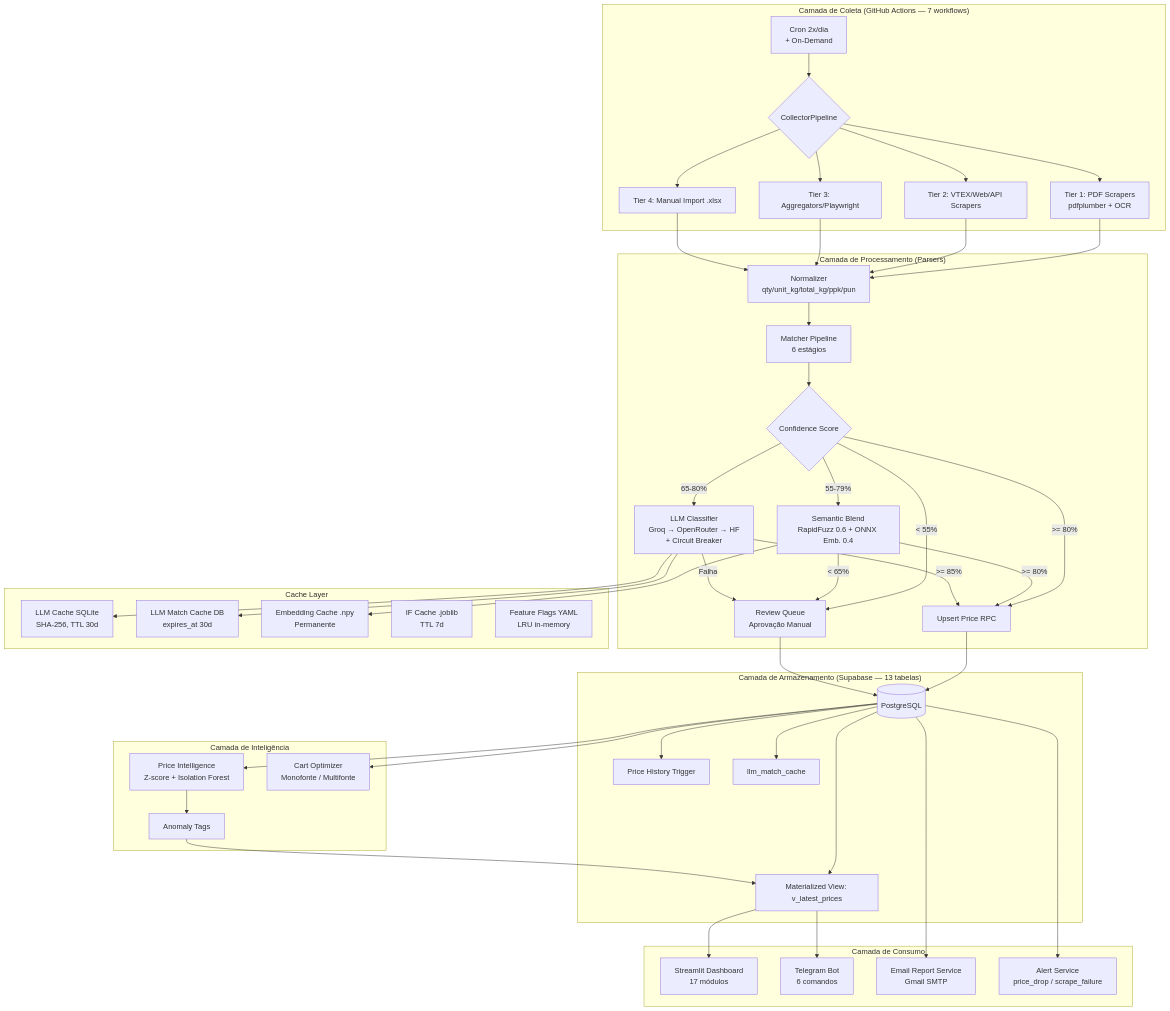
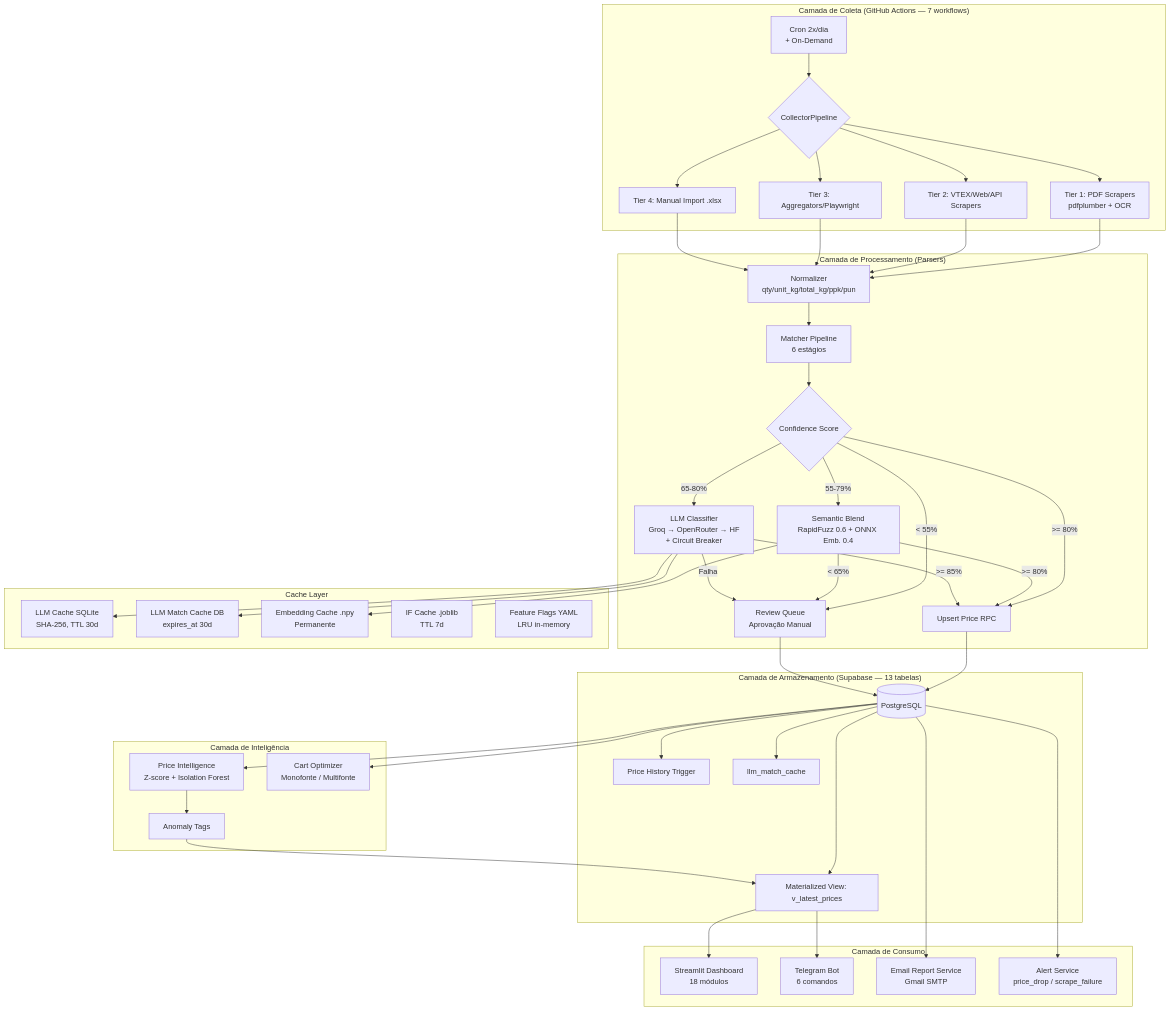
The first of 2 diagrams in docs/architecture.md (ZeroBond85/CustoDoce), drawn with Mermaid before and after one commit. The commit also changed 12 other files, not shown here.

````diff
--- a/docs/architecture.md
+++ b/docs/architecture.md
@@ -9,57 +9,57 @@
 ```mermaid
 graph TD
     subgraph "Camada de Coleta (GitHub Actions — 7 workflows)"
         A[Cron 2x/dia<br/>+ On-Demand] --> B{CollectorPipeline}
         B --> C[Tier 1: PDF Scrapers<br/>pdfplumber + OCR]
         B --> D[Tier 2: VTEX/Web/API Scrapers]
         B --> E[Tier 3: Aggregators/Playwright]
         B --> F[Tier 4: Manual Import .xlsx]
     end
 
     subgraph "Camada de Processamento (Parsers)"
         C & D & E & F --> G[Normalizer<br/>qty/unit_kg/total_kg/ppk/pun]
         G --> H[Matcher Pipeline<br/>6 estágios]
         H --> I{Confidence Score}
         I -- ">= 80%" --> J[Upsert Price RPC]
         I -- "55-79%" --> K[Semantic Blend<br/>RapidFuzz 0.6 + ONNX Emb. 0.4]
         I -- "65-80%" --> L[LLM Classifier<br/>Groq → OpenRouter → HF<br/>+ Circuit Breaker]
         I -- "< 55%" --> M[Review Queue<br/>Aprovação Manual]
         K -- ">= 80%" --> J
         K -- "< 65%" --> M
         L -- ">= 85%" --> J
         L -- "Falha" --> M
     end
 
     subgraph "Cache Layer"
         N1[LLM Cache SQLite<br/>SHA-256, TTL 30d]
         N2[LLM Match Cache DB<br/>expires_at 30d]
         N3[Embedding Cache .npy<br/>Permanente]
         N4[IF Cache .joblib<br/>TTL 7d]
         N5[Feature Flags YAML<br/>LRU in-memory]
         L --> N1
         L --> N2
         K --> N3
     end
 
     subgraph "Camada de Armazenamento (Supabase — 13 tabelas)"
         J --> O[(PostgreSQL)]
         M --> O
         O --> P[Materialized View: v_latest_prices]
         O --> Q[Price History Trigger]
         O --> R[llm_match_cache]
     end
 
     subgraph "Camada de Inteligência"
         O --> S[Price Intelligence<br/>Z-score + Isolation Forest]
         S --> T[Anomaly Tags]
         O --> U[Cart Optimizer<br/>Monofonte / Multifonte]
         T --> P
     end
 
     subgraph "Camada de Consumo"
-        P --> V[Streamlit Dashboard<br/>17 módulos]
+        P --> V[Streamlit Dashboard<br/>18 módulos]
         P --> W[Telegram Bot<br/>6 comandos]
         O --> X[Email Report Service<br/>Gmail SMTP]
         O --> Y[Alert Service<br/>price_drop / scrape_failure]
     end
 ```
````
